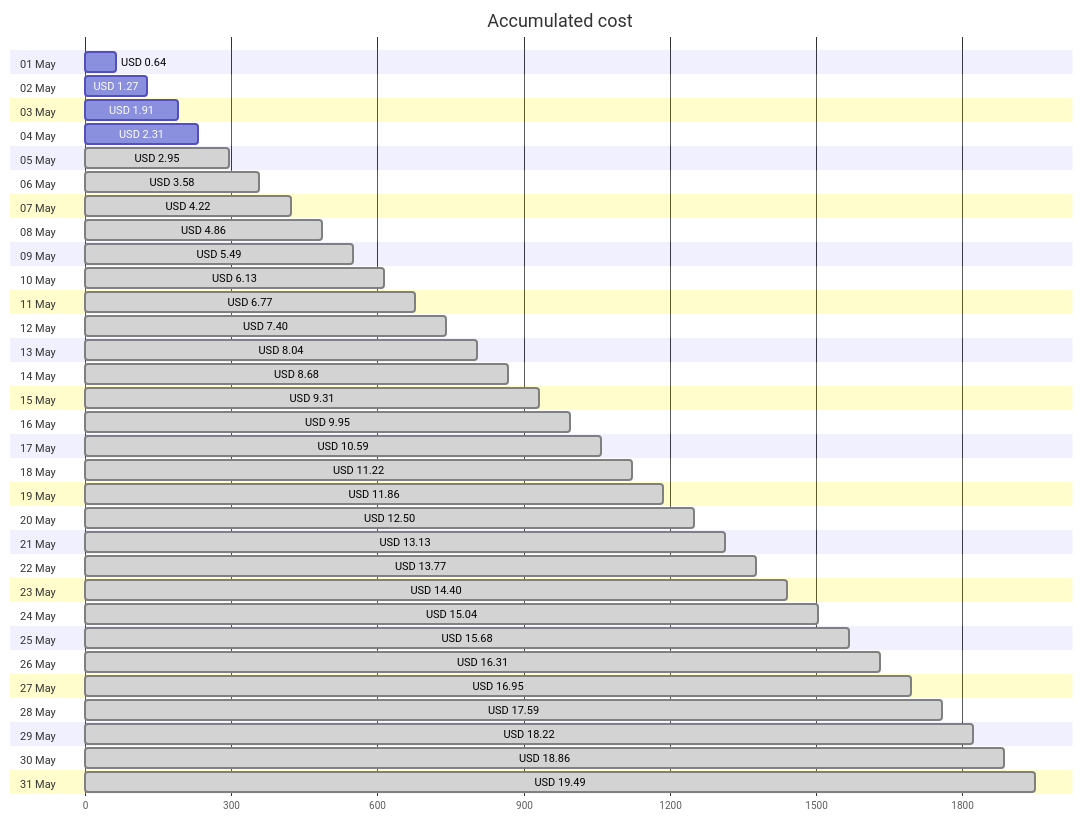
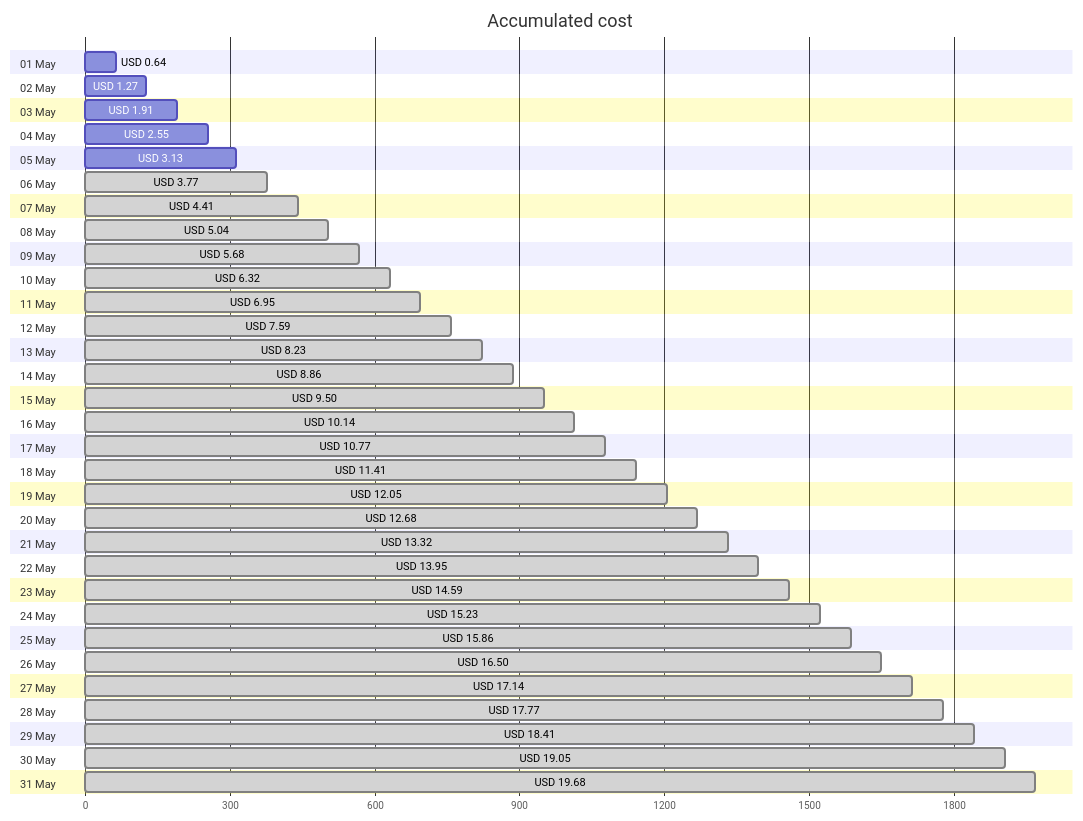
The first of 4 diagrams in cost-reports/accumulated-cost.md (jpfulton/azure-personal-reports), drawn with Mermaid before and after one commit. The commit also changed other lines of this file and 4 other files, not shown here.

````diff
--- a/cost-reports/accumulated-cost.md
+++ b/cost-reports/accumulated-cost.md
@@ -20,68 +20,68 @@
 ```mermaid
 gantt
    title Accumulated cost
    dateFormat  X
    axisFormat %s
    section 01 May
    USD 0.64 :0, 64
    section 02 May
    USD 1.27 :0, 127
    section 03 May
    USD 1.91 :0, 191
    section 04 May
-   USD 2.31 :0, 231
+   USD 2.55 :0, 255
    section 05 May
-   USD 2.95 : done, 0, 295
+   USD 3.13 :0, 313
    section 06 May
-   USD 3.58 : done, 0, 358
+   USD 3.77 : done, 0, 377
    section 07 May
-   USD 4.22 : done, 0, 422
+   USD 4.41 : done, 0, 441
    section 08 May
-   USD 4.86 : done, 0, 486
+   USD 5.04 : done, 0, 504
    section 09 May
-   USD 5.49 : done, 0, 549
+   USD 5.68 : done, 0, 568
    section 10 May
-   USD 6.13 : done, 0, 613
+   USD 6.32 : done, 0, 632
    section 11 May
-   USD 6.77 : done, 0, 677
+   USD 6.95 : done, 0, 695
    section 12 May
-   USD 7.40 : done, 0, 740
+   USD 7.59 : done, 0, 759
    section 13 May
-   USD 8.04 : done, 0, 804
+   USD 8.23 : done, 0, 823
    section 14 May
-   USD 8.68 : done, 0, 868
+   USD 8.86 : done, 0, 886
    section 15 May
-   USD 9.31 : done, 0, 931
+   USD 9.50 : done, 0, 950
    section 16 May
-   USD 9.95 : done, 0, 995
+   USD 10.14 : done, 0, 1014
    section 17 May
-   USD 10.59 : done, 0, 1059
+   USD 10.77 : done, 0, 1077
    section 18 May
-   USD 11.22 : done, 0, 1122
+   USD 11.41 : done, 0, 1141
    section 19 May
-   USD 11.86 : done, 0, 1186
+   USD 12.05 : done, 0, 1205
    section 20 May
-   USD 12.50 : done, 0, 1250
+   USD 12.68 : done, 0, 1268
    section 21 May
-   USD 13.13 : done, 0, 1313
+   USD 13.32 : done, 0, 1332
    section 22 May
-   USD 13.77 : done, 0, 1377
+   USD 13.95 : done, 0, 1395
    section 23 May
-   USD 14.40 : done, 0, 1440
+   USD 14.59 : done, 0, 1459
    section 24 May
-   USD 15.04 : done, 0, 1504
+   USD 15.23 : done, 0, 1523
    section 25 May
-   USD 15.68 : done, 0, 1568
+   USD 15.86 : done, 0, 1586
    section 26 May
-   USD 16.31 : done, 0, 1631
+   USD 16.50 : done, 0, 1650
    section 27 May
-   USD 16.95 : done, 0, 1695
+   USD 17.14 : done, 0, 1714
    section 28 May
-   USD 17.59 : done, 0, 1759
+   USD 17.77 : done, 0, 1777
    section 29 May
-   USD 18.22 : done, 0, 1822
+   USD 18.41 : done, 0, 1841
    section 30 May
-   USD 18.86 : done, 0, 1886
+   USD 19.05 : done, 0, 1905
    section 31 May
-   USD 19.49 : done, 0, 1949
+   USD 19.68 : done, 0, 1968
 ```
````
